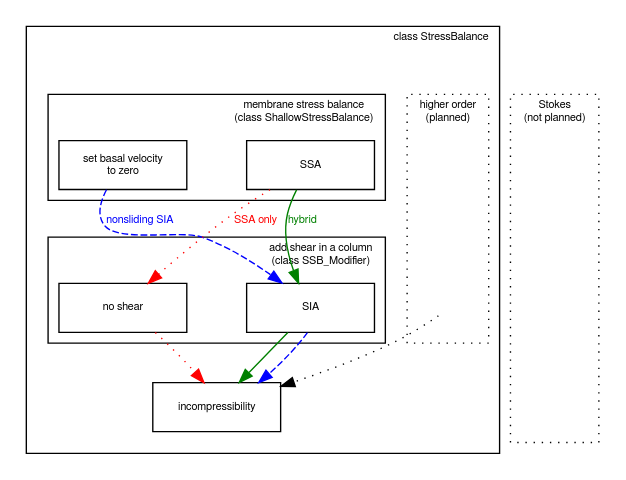
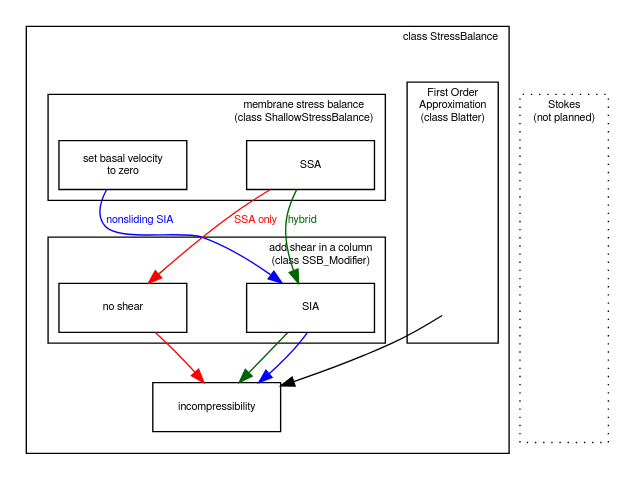
Before and after one commit to pism/pism: the diagram in doc/sphinx/manual/highlevelview/figures/stressbalance.dot, drawn with Graphviz. The commit also changed 1 other file, not shown here.

Commit message:
Update the figure documenting stress balance components

```diff
--- a/doc/sphinx/manual/highlevelview/figures/stressbalance.dot
+++ b/doc/sphinx/manual/highlevelview/figures/stressbalance.dot
@@ -1,67 +1,66 @@
 digraph velocity
 {
     // Global graph parameters
     node [fontname=FreeSans fontsize=8 shape=box width=1.3 fixedsize=true];
     edge [fontname=FreeSans fontsize=8];
     graph [fontname=FreeSans fontsize=8 ranksep=0.5 nodesep=0.3];
 
 subgraph cluster_pism {
     label="class StressBalance"
     labeljust=r
 
     subgraph cluster_higher_order {
-        label="higher order\n(planned)"
-        style=dotted;
+        label="First Order\nApproximation\n(class Blatter)"
         node [style=invis width=0.2 label=""];
         a -> b [style=invis];
     }
     subgraph cluster_hybrid {
       style=invis
       subgraph cluster_stressbalance {
           style=solid
           label="membrane stress balance\n(class ShallowStressBalance)"
           labeljust=r
           {rank=same
               noop1 [label="set basal velocity\nto zero"];
               ssa [label="SSA"];
           }
           ssa -> noop1 [style=invis];
       }
       subgraph cluster_mod {
           style=solid
           label="add shear in a column\n(class SSB_Modifier)"
           labeljust=r
           {rank=same
               sia [label="SIA"];
               noop2 [label="no shear"];
           }
           sia -> noop2 [style=invis];
       }
       inc [label="incompressibility"];
       noop1 -> noop2 [label="" style=invis weight=10];
       ssa -> sia [label="" style=invis weight=10];
       {sia noop2} -> inc [label="" style=invis weight=10];
     }
 
-    ssa -> sia [style=solid weight=0 color="green" 
-                label="hybrid" fontcolor="green"];
-    sia -> inc [style=solid weight=0 color="green"];
+    ssa -> sia [style=solid weight=0 color="darkgreen"
+                label="hybrid" fontcolor="darkgreen"];
+    sia -> inc [style=solid weight=0 color="darkgreen"];
 
-    noop1 -> sia [style=dashed weight=0 color="blue"
+    noop1 -> sia [style=solid weight=0 color="blue"
                   label="nonsliding SIA" fontcolor="blue"];
-    sia -> inc [style=dashed weight=0 color="blue"];
+    sia -> inc [style=solid weight=0 color="blue"];
 
-    ssa -> noop2 [style=dotted weight=0 color="red"
+    ssa -> noop2 [style=solid weight=0 color="red"
                   label="SSA only" fontcolor="red"];
-    noop2 -> inc [style=dotted weight=0 color="red"];
+    noop2 -> inc [style=solid weight=0 color="red"];
 
-    b -> inc [style=dotted weight=0];
+    b -> inc [style=solid weight=0];
 }
 subgraph cluster_stokes {
     label="Stokes\n(not planned)"
     labeljust=c
     style=dotted
     node [style=invis width=0.2 label=""];
     foo -> bar -> baz [style=invis];
 }
 }
```
